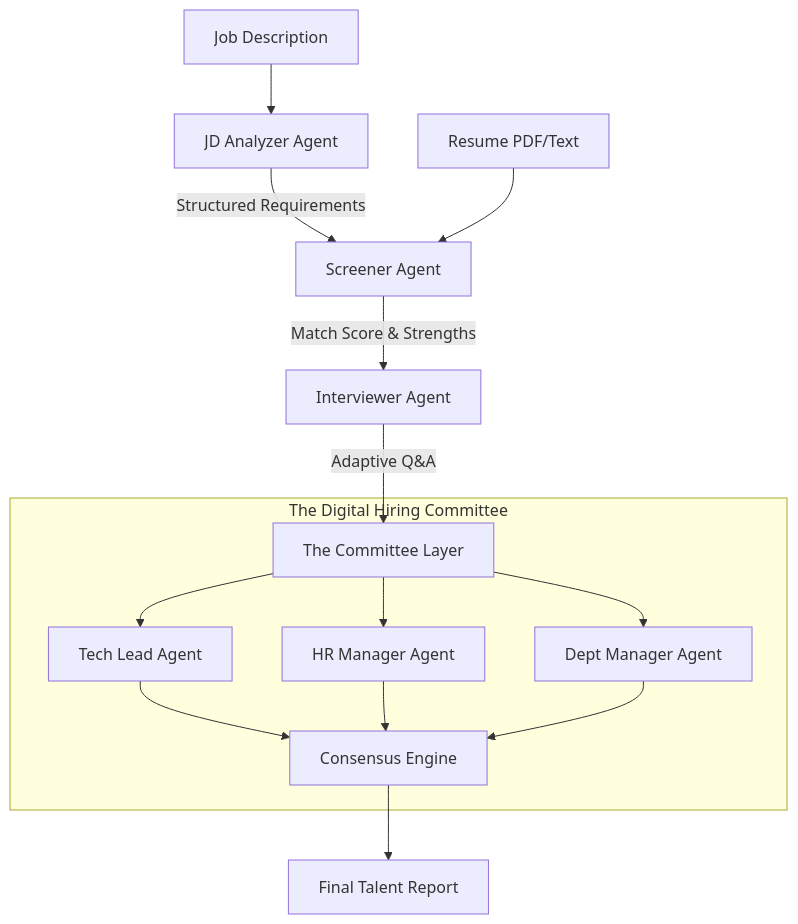
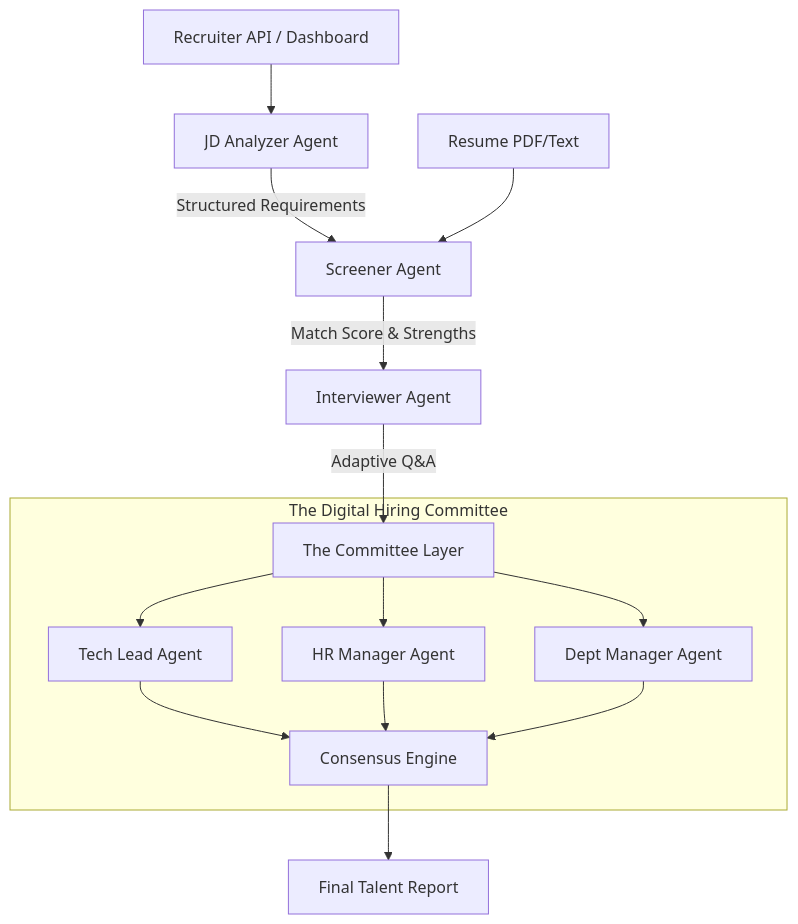
One commit to Mr-C-Tejesh/talentstream-ai changed the diagram in README.md. Above: the diagram before and after it, drawn with Mermaid. The commit also changed other lines of this file, not shown here.

Commit message:
docs: update README with Week 2 FastAPI backend details

````diff
--- a/README.md
+++ b/README.md
@@ -56,15 +54,15 @@
 ```mermaid
 graph TD
-    A[Job Description] --> B[JD Analyzer Agent]
+    A[Recruiter API / Dashboard] --> B[JD Analyzer Agent]
     B -->|Structured Requirements| C[Screener Agent]
     D[Resume PDF/Text] --> C
     C -->|Match Score & Strengths| E[Interviewer Agent]
     E -->|Adaptive Q&A| F[The Committee Layer]
     subgraph "The Digital Hiring Committee"
         F --> G[Tech Lead Agent]
         F --> H[HR Manager Agent]
         F --> I[Dept Manager Agent]
         G & H & I --> J[Consensus Engine]
     end
     J --> K[Final Talent Report]
 ```
````
